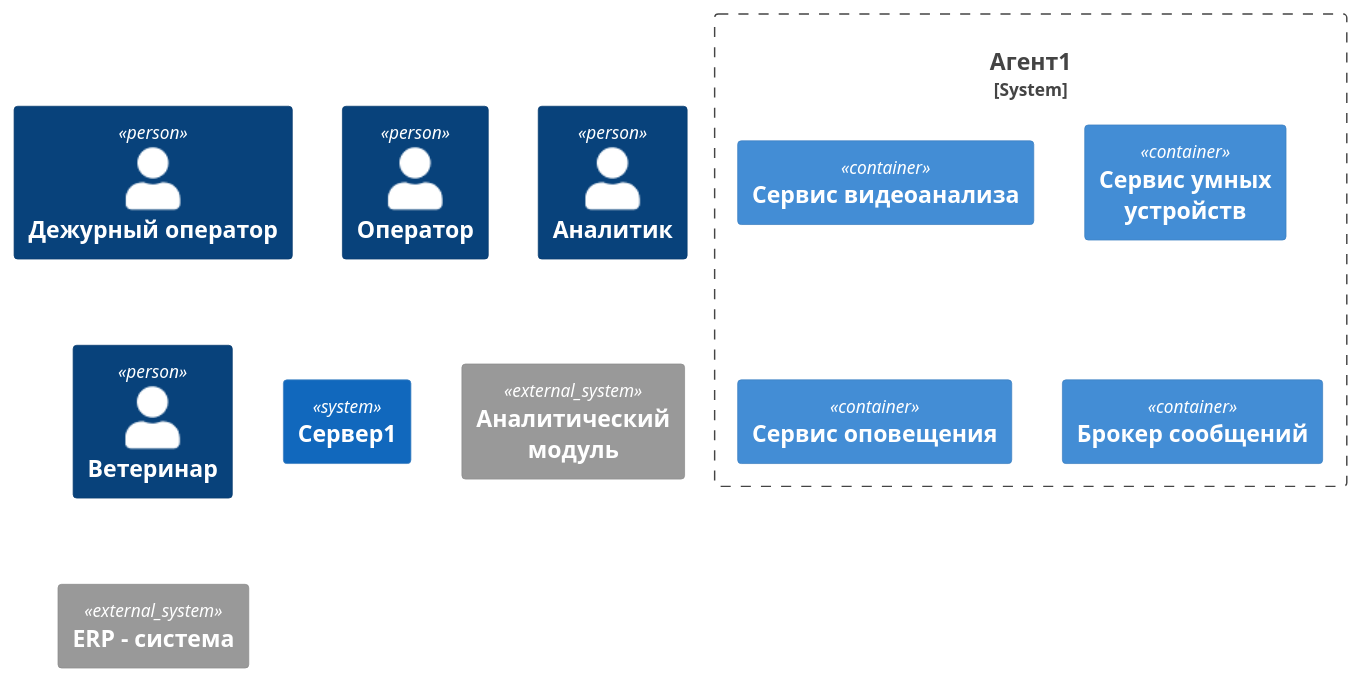
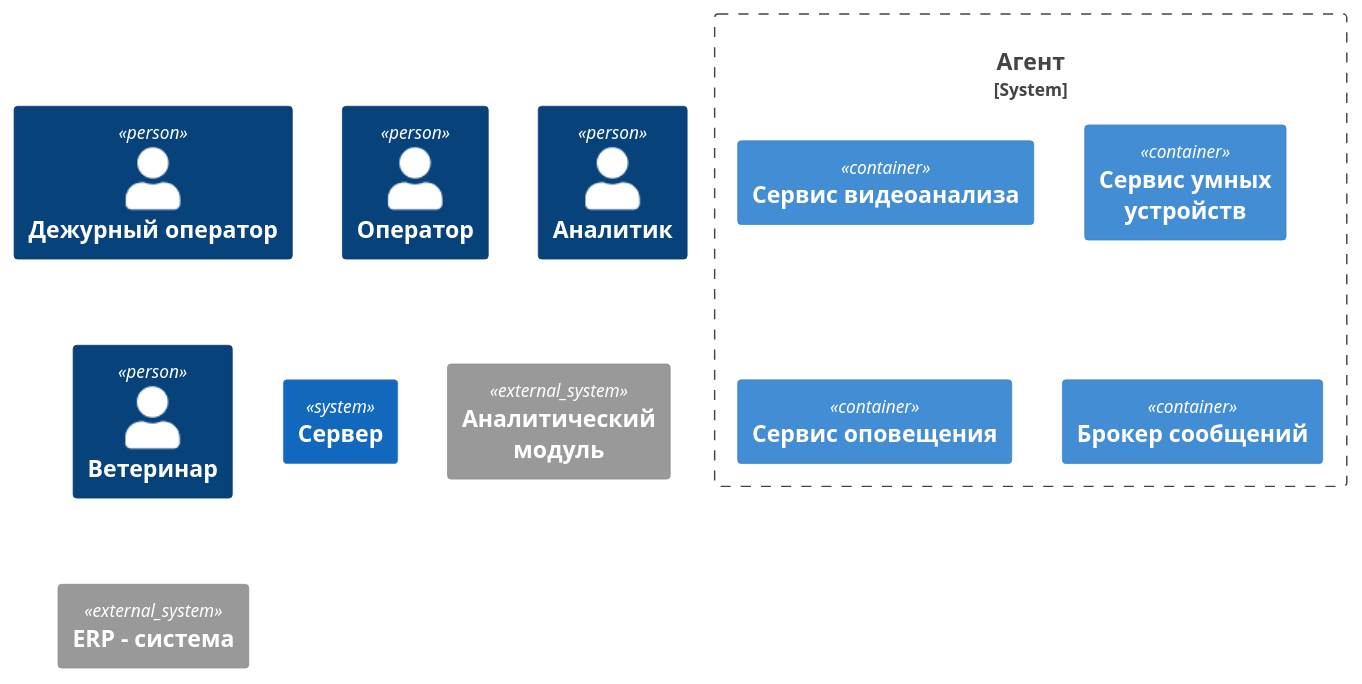
The diagram in Task2/ATCK_C4_Containers_test.puml (mirray/MSA-AgroTech), drawn with PlantUML before and after one commit. The commit also changed 1 other file, not shown here.

```diff
--- a/Task2/ATCK_C4_Containers_test.puml
+++ b/Task2/ATCK_C4_Containers_test.puml
@@ -1,20 +1,20 @@
 @startuml Architecture_C4_Containers
 !include <C4/C4_Container>
 
 Person(duty_operator, "Дежурный оператор")
 Person(operator, "Оператор")
 Person(analytic, "Аналитик")
 Person(vet, "Ветеринар")
 
-System(atck_server, "Сервер1")
+System(atck_server, "Сервер")
 System_Ext(analytic_module, "Аналитический модуль")
 System_Ext(erp, "ERP - система")
 
-System_Boundary(atck_agent, "Агент1"){
+System_Boundary(atck_agent, "Агент"){
     Container(video, "Сервис видеоанализа")
     Container(iot, "Сервис умных устройств")
     Container(notification, "Сервис оповещения")
     Container(broker, "Брокер сообщений")
 }
 
 @enduml
```
